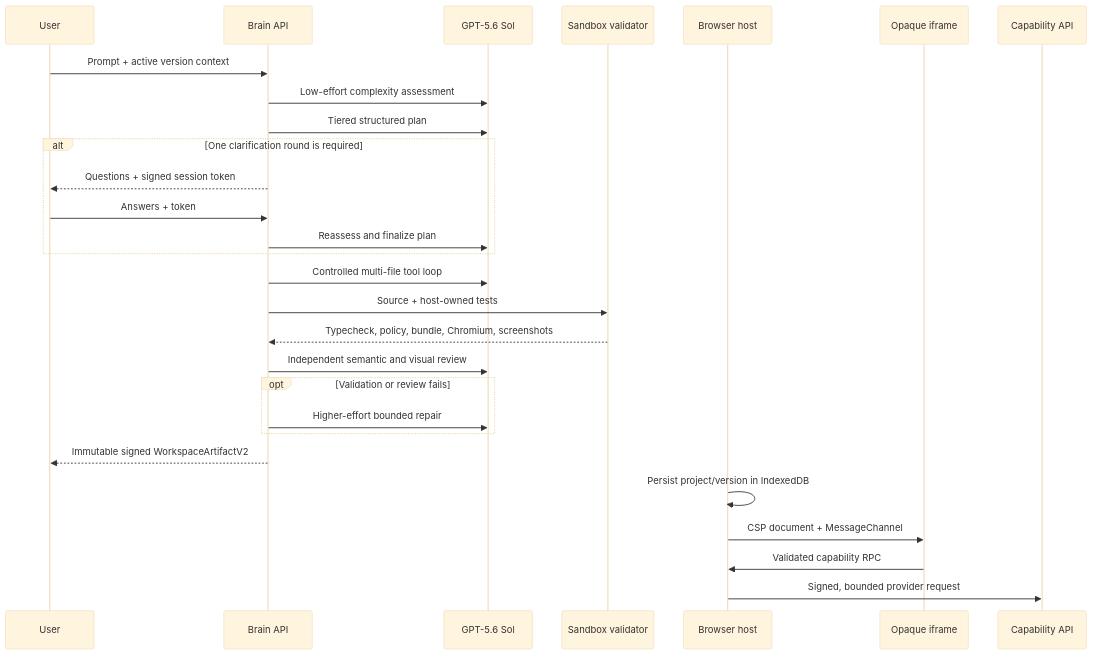
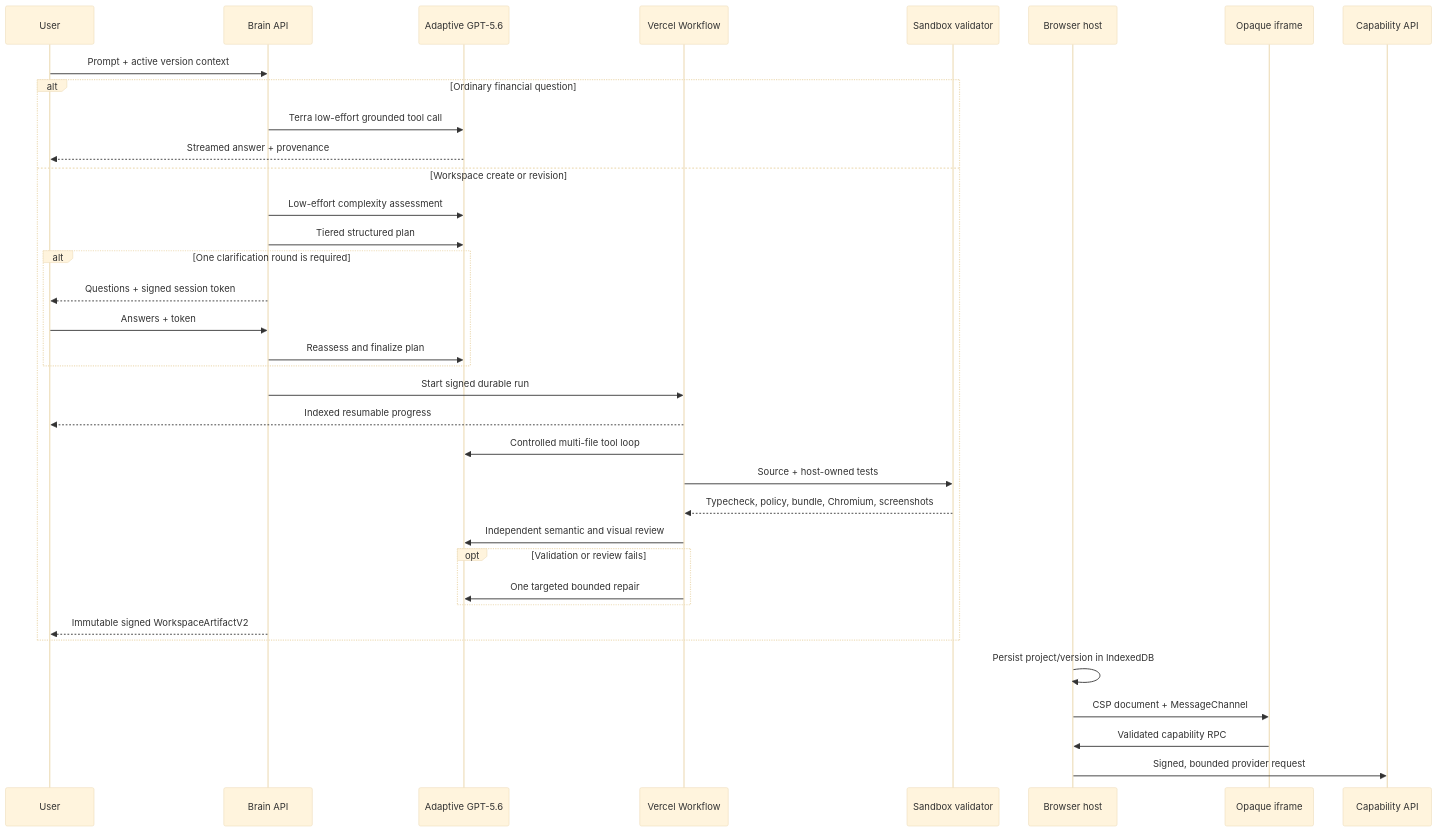
The diagram in docs/ARCHITECTURE.md (singhsuryansh12/findex), drawn with Mermaid (base theme) before and after one commit. The commit also changed other lines of this file and 55 other files, not shown here.

Commit message:
Make Financial Brain builds durable and reliable

````diff
--- a/docs/ARCHITECTURE.md
+++ b/docs/ARCHITECTURE.md
@@ -25,31 +26,39 @@
 ```mermaid
 sequenceDiagram
     participant U as User
     participant B as Brain API
-    participant S as GPT-5.6 Sol
+    participant S as Adaptive GPT-5.6
+    participant W as Vercel Workflow
     participant X as Sandbox validator
     participant H as Browser host
     participant I as Opaque iframe
     participant C as Capability API
 
     U->>B: Prompt + active version context
+    alt Ordinary financial question
+        B->>S: Terra low-effort grounded tool call
+        S-->>U: Streamed answer + provenance
+    else Workspace create or revision
     B->>S: Low-effort complexity assessment
     B->>S: Tiered structured plan
     alt One clarification round is required
         B-->>U: Questions + signed session token
         U->>B: Answers + token
         B->>S: Reassess and finalize plan
     end
-    B->>S: Controlled multi-file tool loop
-    B->>X: Source + host-owned tests
-    X-->>B: Typecheck, policy, bundle, Chromium, screenshots
-    B->>S: Independent semantic and visual review
+    B->>W: Start signed durable run
+    W-->>U: Indexed resumable progress
+    W->>S: Controlled multi-file tool loop
+    W->>X: Source + host-owned tests
+    X-->>W: Typecheck, policy, bundle, Chromium, screenshots
+    W->>S: Independent semantic and visual review
     opt Validation or review fails
-        B->>S: Higher-effort bounded repair
+        W->>S: One targeted bounded repair
     end
     B-->>U: Immutable signed WorkspaceArtifactV2
+    end
     H->>H: Persist project/version in IndexedDB
     H->>I: CSP document + MessageChannel
     I->>H: Validated capability RPC
     H->>C: Signed, bounded provider request
 ```
````
